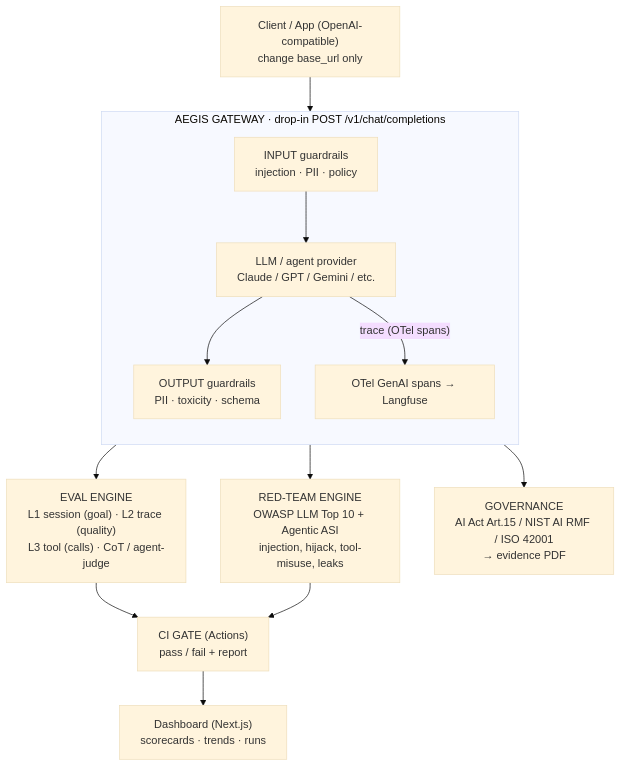
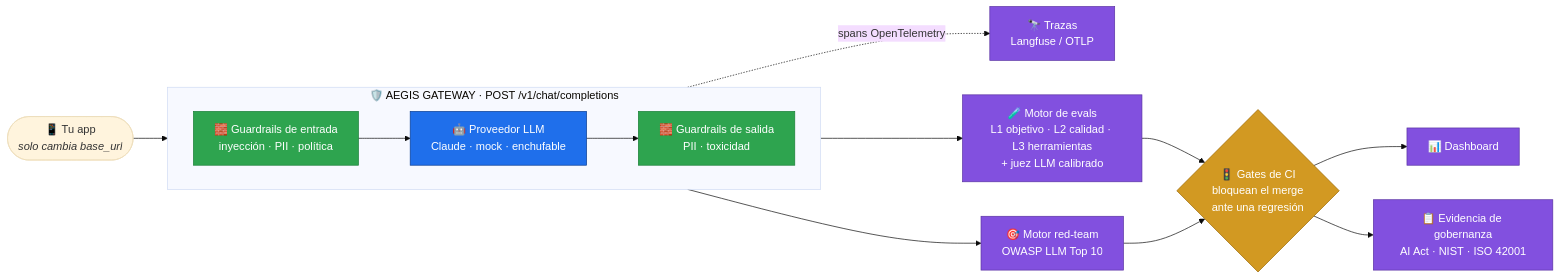
Before and after one commit to marcosmatalab/aegis: the diagram in README.es.md, drawn with Mermaid (base theme). The commit also changed other lines of this file and 3 other files, not shown here.

````diff
--- a/README.es.md
+++ b/README.es.md
@@ -80,31 +104,31 @@
 ```mermaid
-flowchart TD
-    client["Client / App (OpenAI-compatible)<br/>change base_url only"]
+flowchart LR
+    app(["📱 Tu app<br/><i>solo cambia base_url</i>"])
 
-    subgraph gateway["AEGIS GATEWAY · drop-in POST /v1/chat/completions"]
-        direction TB
-        guard_in["INPUT guardrails<br/>injection · PII · policy"]
-        provider["LLM / agent provider<br/>Claude / GPT / Gemini / etc."]
-        guard_out["OUTPUT guardrails<br/>PII · toxicity · schema"]
-        otel["OTel GenAI spans → Langfuse"]
-        guard_in --> provider --> guard_out
-        provider -- "trace (OTel spans)" --> otel
+    subgraph gw["🛡️ AEGIS GATEWAY · POST /v1/chat/completions"]
+        direction LR
+        gin["🧱 Guardrails de entrada<br/>inyección · PII · política"]
+        llm["🤖 Proveedor LLM<br/>Claude · mock · enchufable"]
+        gout["🧱 Guardrails de salida<br/>PII · toxicidad"]
+        gin --> llm --> gout
     end
 
-    client --> gateway
+    app --> gw
+    gw -. "spans OpenTelemetry" .-> otel["🔭 Trazas<br/>Langfuse / OTLP"]
 
-    eval["EVAL ENGINE<br/>L1 session (goal) · L2 trace (quality)<br/>L3 tool (calls) · CoT / agent-judge"]
-    redteam["RED-TEAM ENGINE<br/>OWASP LLM Top 10 + Agentic ASI<br/>injection, hijack, tool-misuse, leaks"]
-    governance["GOVERNANCE<br/>AI Act Art.15 / NIST AI RMF / ISO 42001<br/>→ evidence PDF"]
+    gw --> ev["🧪 Motor de evals<br/>L1 objetivo · L2 calidad · L3 herramientas<br/>+ juez LLM calibrado"]
+    gw --> rt["🎯 Motor red-team<br/>OWASP LLM Top 10"]
+    ev --> gate{"🚦 Gates de CI<br/>bloquean el merge<br/>ante una regresión"}
+    rt --> gate
+    gate --> dash["📊 Dashboard"]
+    gate --> gov["📋 Evidencia de gobernanza<br/>AI Act · NIST · ISO 42001"]
 
-    gateway --> eval
-    gateway --> redteam
-    gateway --> governance
-
-    gate["CI GATE (Actions)<br/>pass / fail + report"]
-    dashboard["Dashboard (Next.js)<br/>scorecards · trends · runs"]
-
-    eval --> gate
-    redteam --> gate
-    gate --> dashboard
+    classDef core fill:#1f6feb,stroke:#0b3d91,color:#fff
+    classDef guard fill:#2ea44f,stroke:#1a7f37,color:#fff
+    classDef gate fill:#d29922,stroke:#9a6700,color:#fff
+    classDef out fill:#8250df,stroke:#5a32a3,color:#fff
+    class llm core
+    class gin,gout guard
+    class gate gate
+    class ev,rt,dash,gov,otel out
 ```
````
